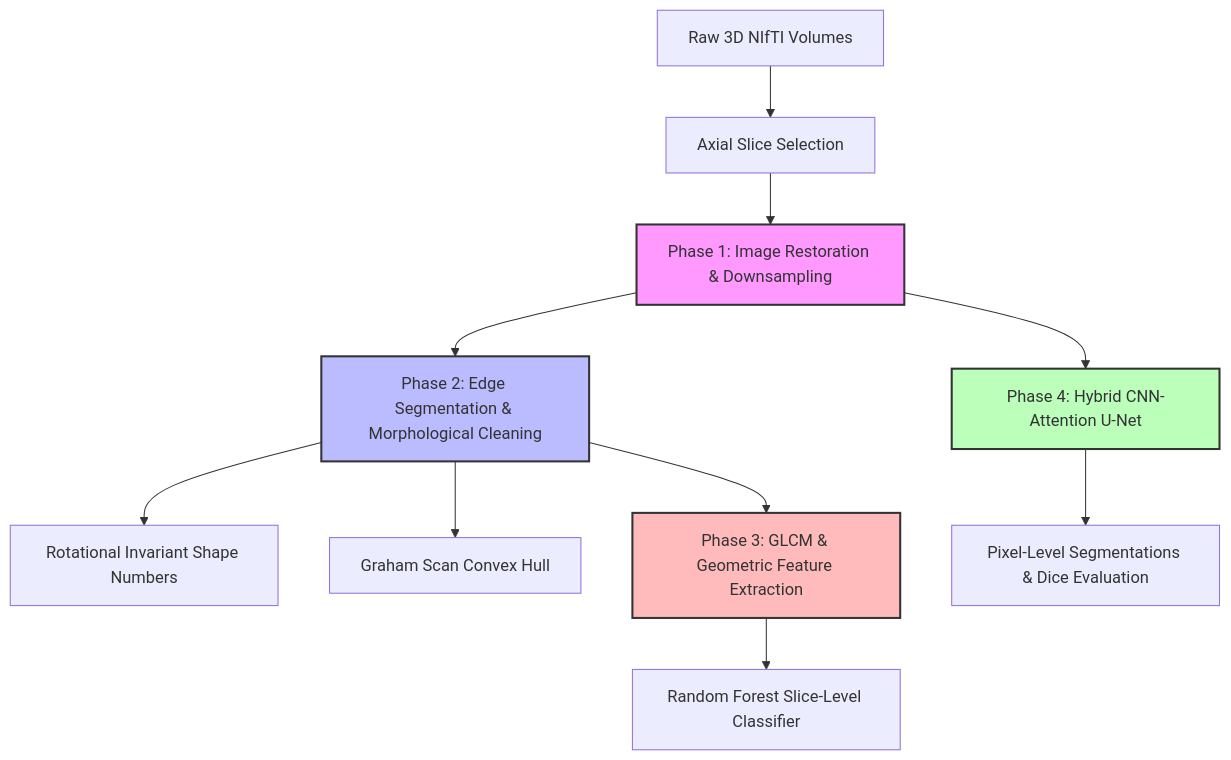
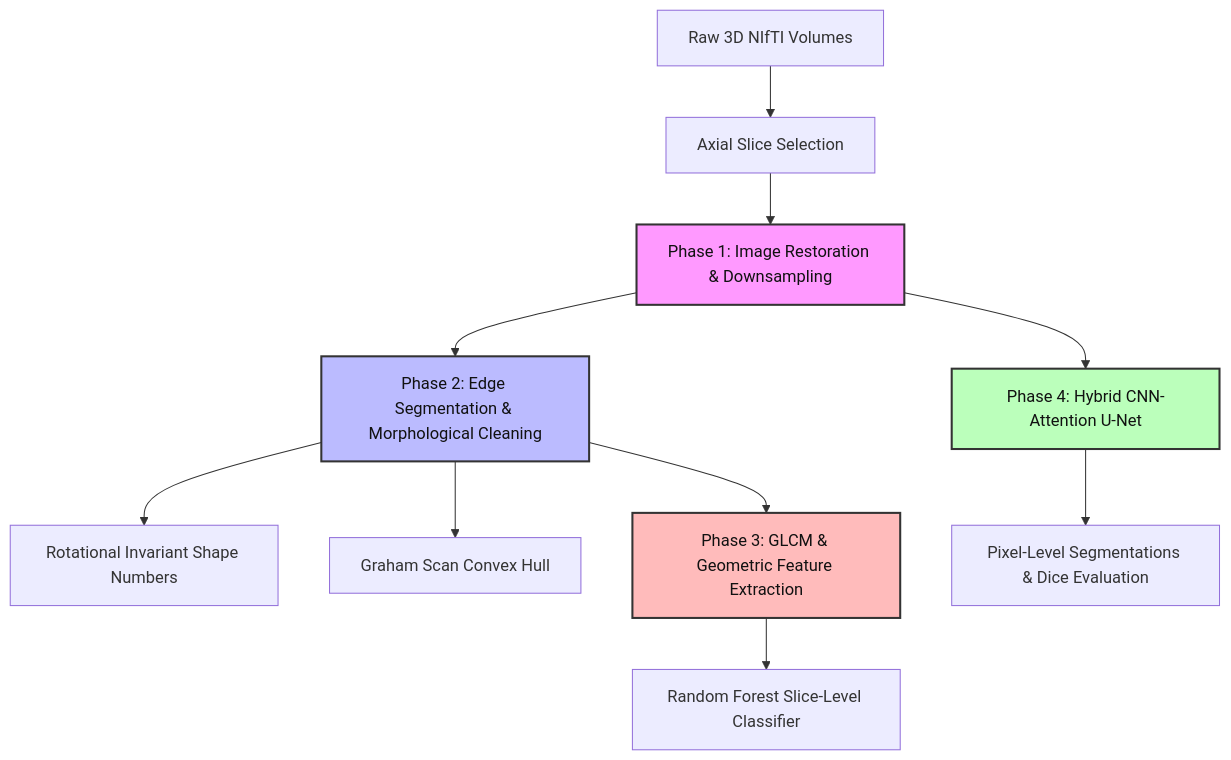
Before and after one commit to shahrukhfu/brain-mri-analysis-deep-vision-pipeline: the diagram in README.md, drawn with Mermaid.

````diff
--- a/README.md
+++ b/README.md
@@ -13,16 +13,16 @@
 ```mermaid
 graph TD
     A[Raw 3D NIfTI Volumes] --> B[Axial Slice Selection]
     B --> C[Phase 1: Image Restoration & Downsampling]
     C --> D[Phase 2: Edge Segmentation & Morphological Cleaning]
     D --> E[Rotational Invariant Shape Numbers]
     D --> F[Graham Scan Convex Hull]
     D --> G[Phase 3: GLCM & Geometric Feature Extraction]
     G --> H[Random Forest Slice-Level Classifier]
     C --> I[Phase 4: Hybrid CNN-Attention U-Net]
     I --> J[Pixel-Level Segmentations & Dice Evaluation]
-    style C fill:#f9f,stroke:#333,stroke-width:2px
-    style D fill:#bbf,stroke:#333,stroke-width:2px
-    style G fill:#fbb,stroke:#333,stroke-width:2px
-    style I fill:#bfb,stroke:#333,stroke-width:2px
+    style C fill:#f9f,stroke:#333,stroke-width:2px,color:#111
+    style D fill:#bbf,stroke:#333,stroke-width:2px,color:#111
+    style G fill:#fbb,stroke:#333,stroke-width:2px,color:#111
+    style I fill:#bfb,stroke:#333,stroke-width:2px,color:#111
 ```
````
